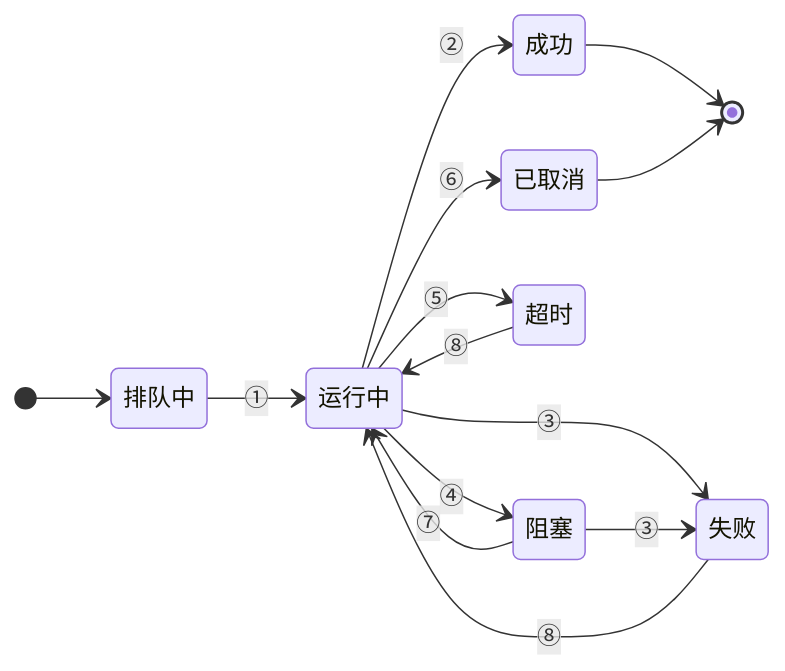
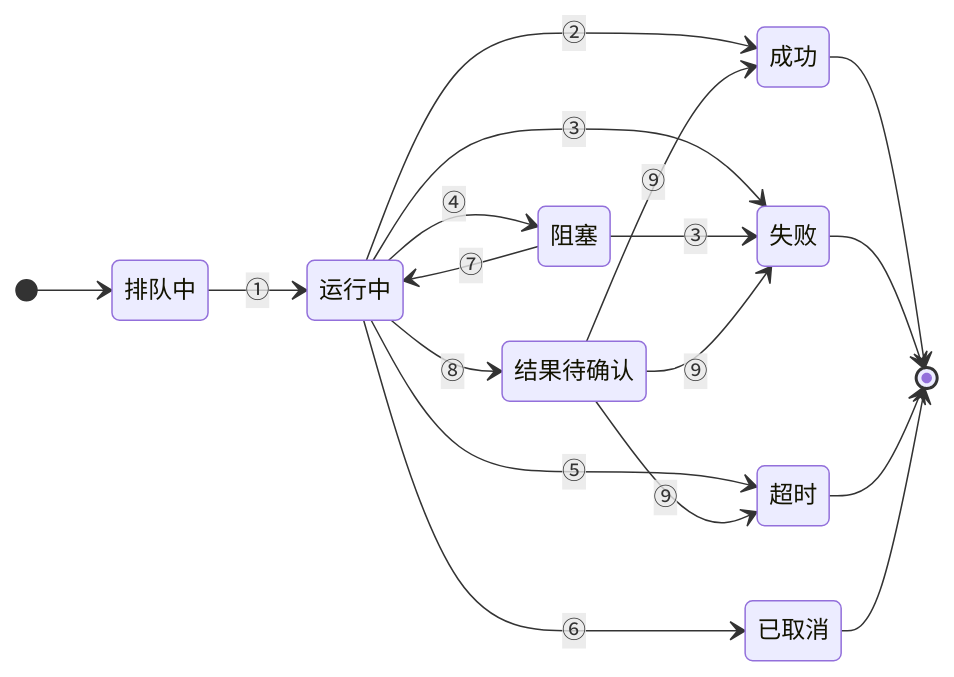
Before and after one commit to hguanchao/Ferry: the second of 4 diagrams in docs/需求文档.md, drawn with Mermaid. The commit also changed other lines of this file, not shown here.

````diff
--- a/docs/需求文档.md
+++ b/docs/需求文档.md
@@ -312,17 +327,21 @@
 ```mermaid
 stateDiagram-v2
     direction LR
     [*] --> 排队中
     排队中 --> 运行中: ①
     运行中 --> 成功: ②
     运行中 --> 失败: ③
     运行中 --> 阻塞: ④
     运行中 --> 超时: ⑤
     运行中 --> 已取消: ⑥
+    运行中 --> 结果待确认: ⑧
     阻塞 --> 运行中: ⑦
     阻塞 --> 失败: ③
-    失败 --> 运行中: ⑧
-    超时 --> 运行中: ⑧
+    结果待确认 --> 成功: ⑨
+    结果待确认 --> 失败: ⑨
+    结果待确认 --> 超时: ⑨
     成功 --> [*]
+    失败 --> [*]
+    超时 --> [*]
     已取消 --> [*]
 ```
````
